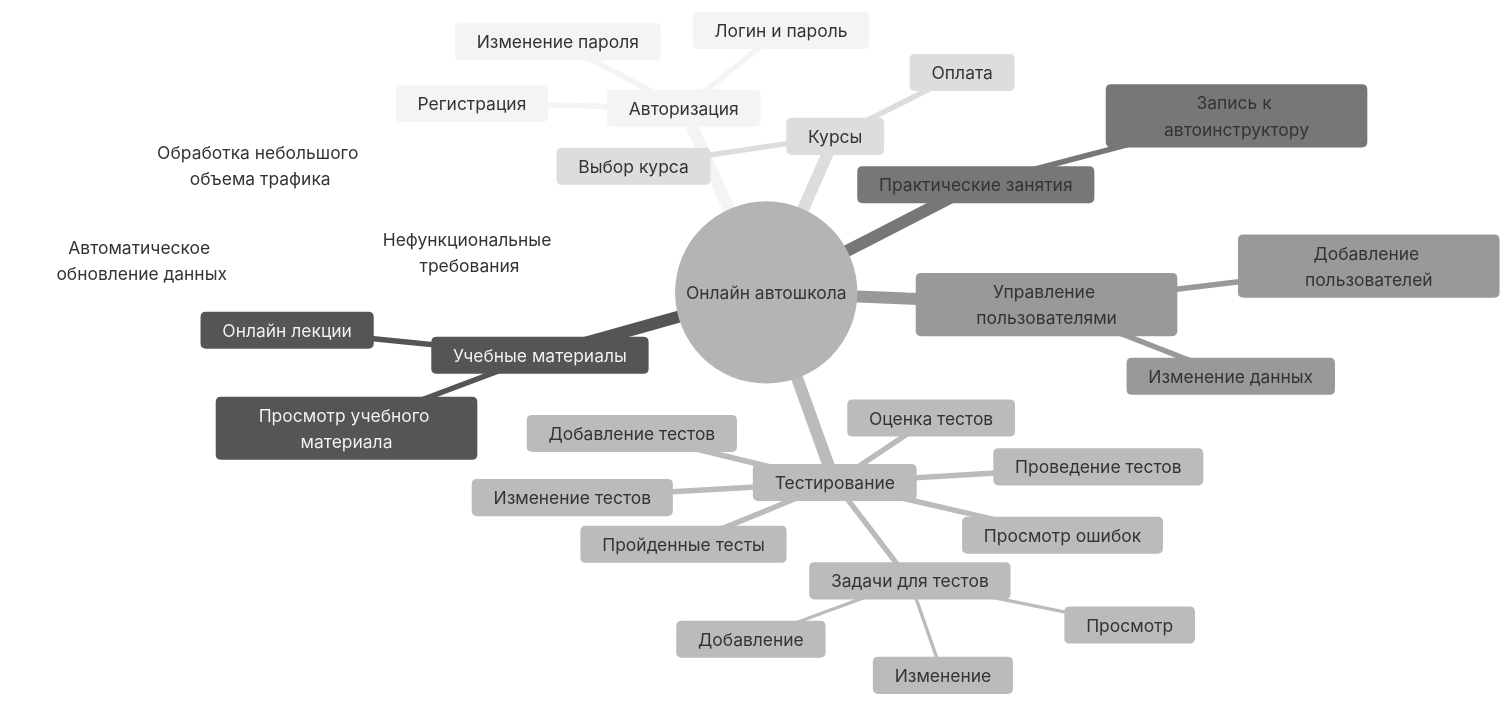
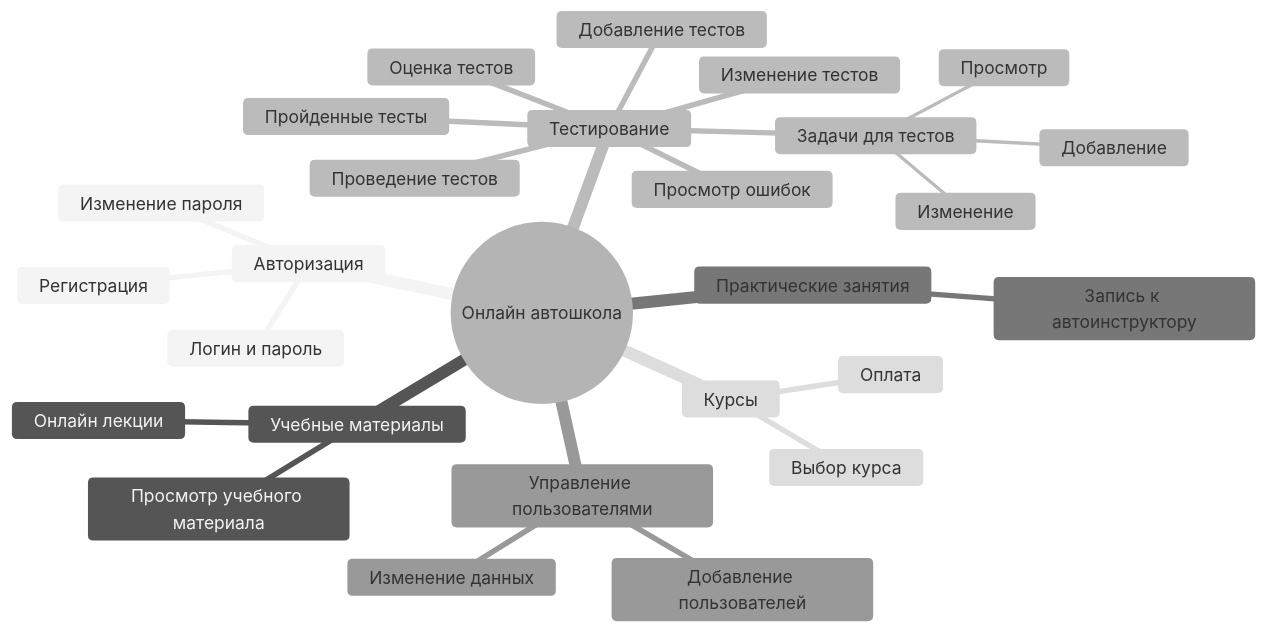
One commit to MaxElis304/MireaMaps changed the first of 4 diagrams in README.md. Above: the diagram before and after it, drawn with Mermaid (neutral theme). The commit also changed other lines of this file, not shown here.

````diff
--- a/README.md
+++ b/README.md
@@ -1,34 +4,30 @@
 ```mermaid
 mindmap
   root((Онлайн автошкола))
     Авторизация
       Логин и пароль
       Изменение пароля
       Регистрация
     Учебные материалы
       Онлайн лекции
       Просмотр учебного материала
     Тестирование
       Проведение тестов
       Оценка тестов
       Пройденные тесты
       Просмотр ошибок
       Добавление тестов
       Изменение тестов
       Задачи для тестов
         Добавление
         Изменение
         Просмотр
     Практические занятия
       Запись к автоинструктору
     Управление пользователями
       Добавление пользователей
       Изменение данных
     Курсы
       Выбор курса
       Оплата
-    Нефункциональные требования
-      Автоматическое обновление данных
-      Обработка небольшого объема трафика
-
 ```
````
